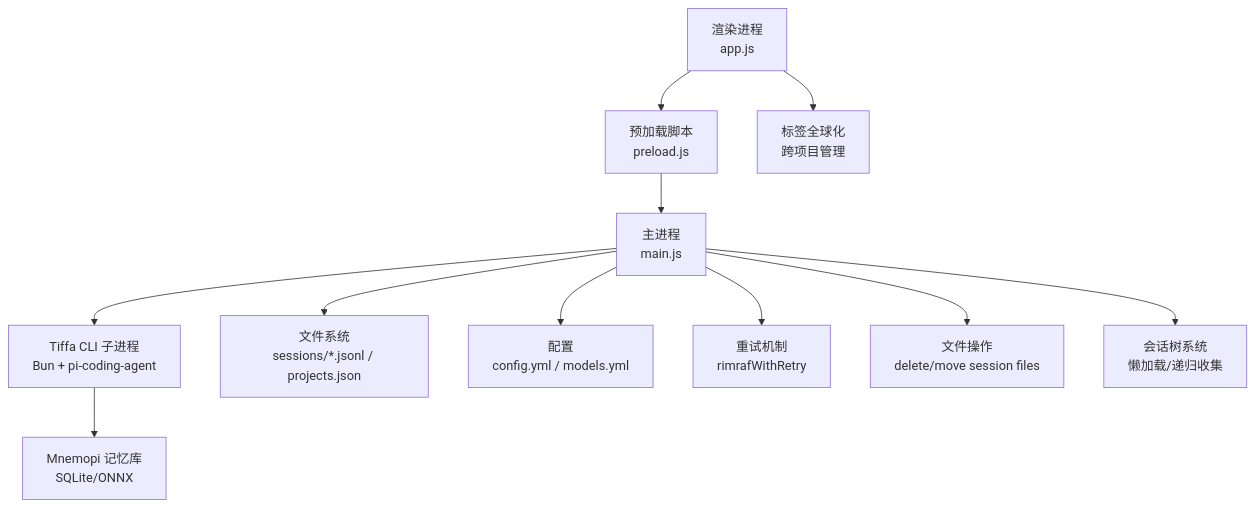
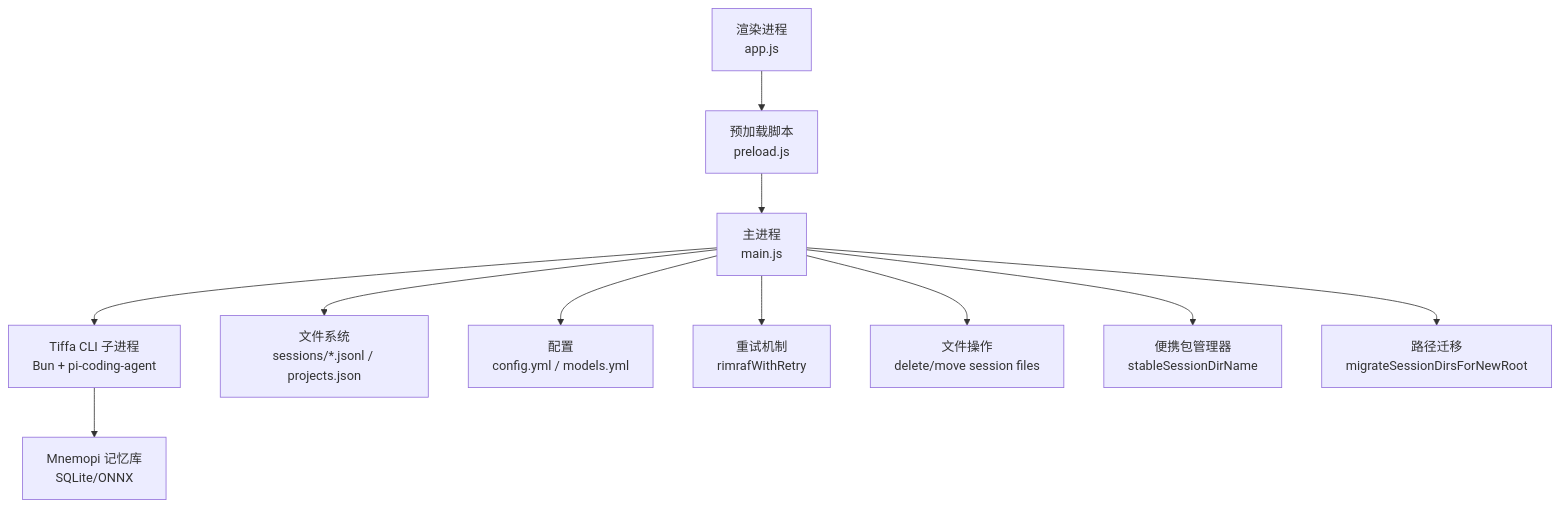
Before and after one commit to swond-Mao/Tiffa: the first of 11 diagrams in .qoder/repowiki/zh/content/核心架构/会话管理与上下文恢复.md, drawn with Mermaid. The commit also changed other lines of this file and 25 other files, not shown here.

````diff
--- a/.qoder/repowiki/zh/content/核心架构/会话管理与上下文恢复.md
+++ b/.qoder/repowiki/zh/content/核心架构/会话管理与上下文恢复.md
@@ -62,13 +53,13 @@
 ```mermaid
 graph TB
 UI["渲染进程<br/>app.js"] --> Preload["预加载脚本<br/>preload.js"]
 Preload --> Main["主进程<br/>main.js"]
 Main --> CLI["Tiffa CLI 子进程<br/>Bun + pi-coding-agent"]
 Main --> FS["文件系统<br/>sessions/*.jsonl / projects.json"]
 Main --> Config["配置<br/>config.yml / models.yml"]
 CLI --> Memory["Mnemopi 记忆库<br/>SQLite/ONNX"]
 Main --> RetryMech["重试机制<br/>rimrafWithRetry"]
 Main --> FileOps["文件操作<br/>delete/move session files"]
-Main --> SessionTree["会话树系统<br/>懒加载/递归收集"]
-UI --> TabGlobal["标签全球化<br/>跨项目管理"]
+Main --> PortableMgr["便携包管理器<br/>stableSessionDirName"]
+Main --> Migration["路径迁移<br/>migrateSessionDirsForNewRoot"]
 ```
````
